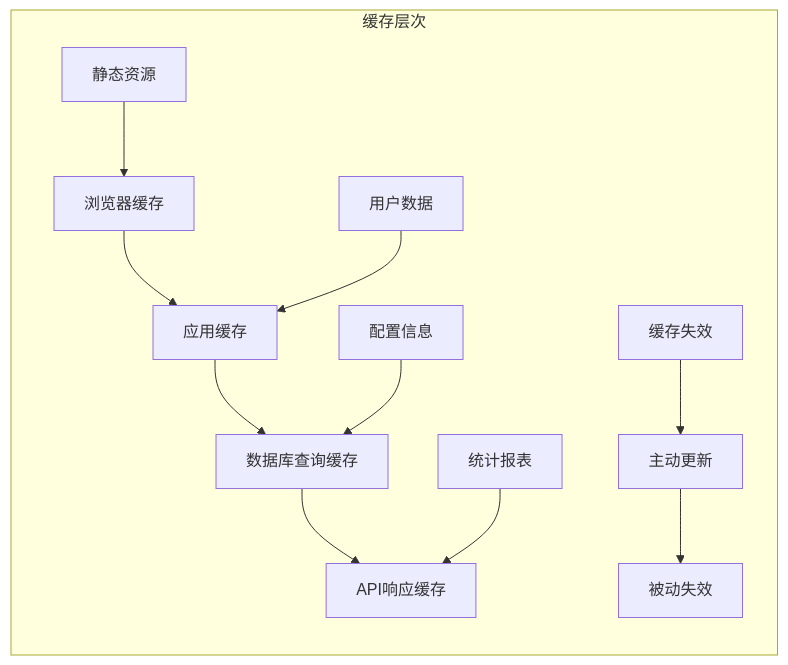
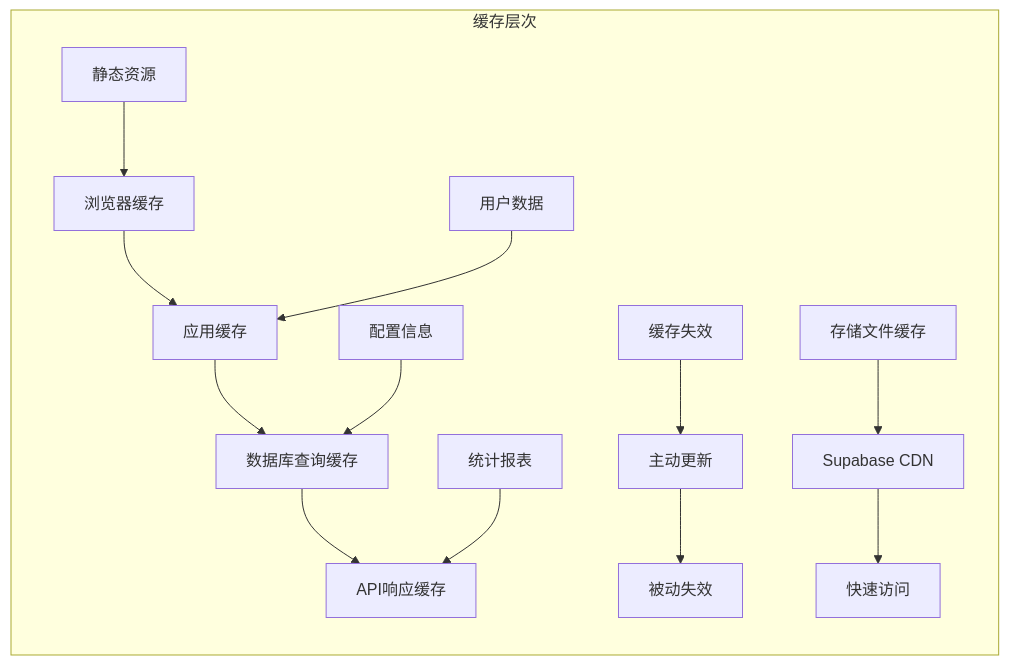
One commit to SY6621/POD-Order-Management changed diagram 18 of 20 in .qoder/repowiki/zh/content/开发指南/管理面板功能增强.md. Above: the diagram before and after it, drawn with Mermaid. The commit also changed other lines of this file and 8 other files, not shown here.

````diff
--- a/.qoder/repowiki/zh/content/开发指南/管理面板功能增强.md
+++ b/.qoder/repowiki/zh/content/开发指南/管理面板功能增强.md
@@ -810,14 +953,16 @@
 ```mermaid
 graph LR
 subgraph "缓存层次"
 A[浏览器缓存] --> B[应用缓存]
 B --> C[数据库查询缓存]
 C --> D[API响应缓存]
 E[静态资源] --> A
 F[用户数据] --> B
 G[配置信息] --> C
 H[统计报表] --> D
 I[缓存失效] --> J[主动更新]
 J --> K[被动失效]
+L[存储文件缓存] --> M[Supabase CDN]
+M --> N[快速访问]
 end
 ```
````
